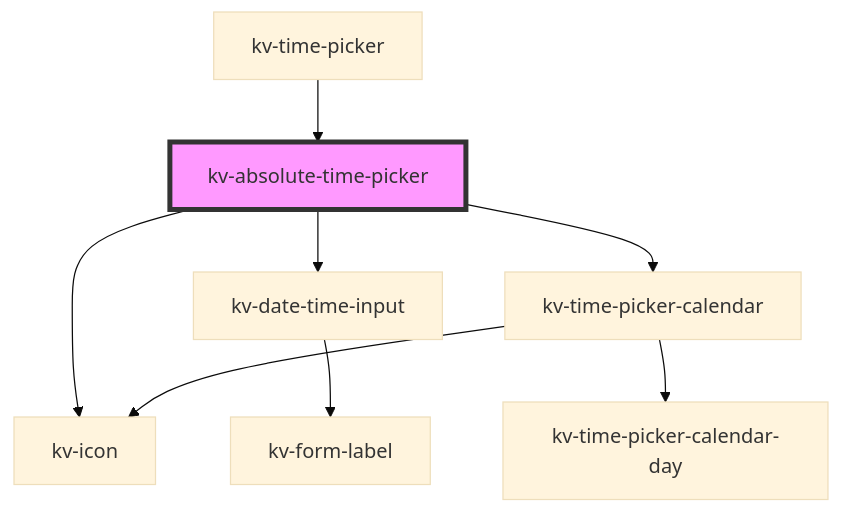
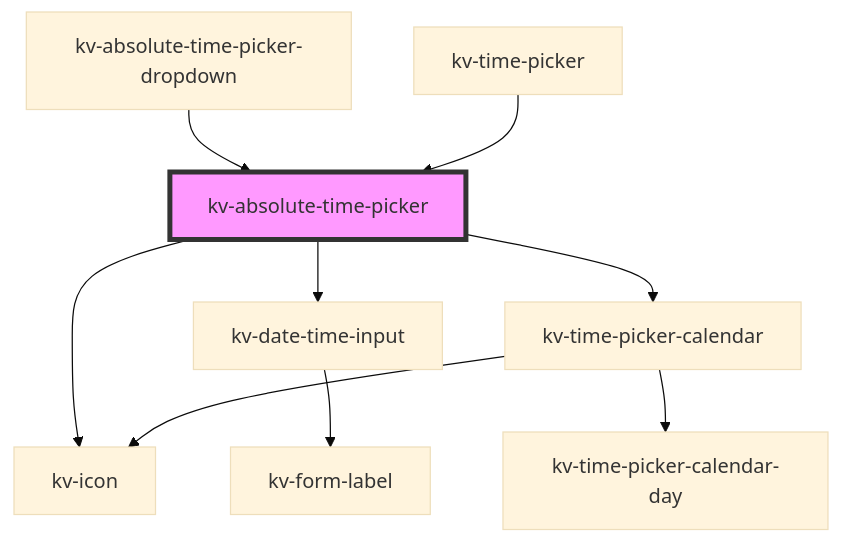
One commit to kelvininc/ui-components changed the diagram in packages/ui-components/src/components/absolute-time-picker/readme.md. Above: the diagram before and after it, drawn with Mermaid (base theme). The commit also changed other lines of this file and 56 other files, not shown here.

Commit message:
feat(absolute-time-picker-dropdown)!: add new dropdown component and single date functionality

````diff
--- a/packages/ui-components/src/components/absolute-time-picker/readme.md
+++ b/packages/ui-components/src/components/absolute-time-picker/readme.md
@@ -96,11 +98,12 @@
 ```mermaid
 graph TD;
   kv-absolute-time-picker --> kv-icon
   kv-absolute-time-picker --> kv-date-time-input
   kv-absolute-time-picker --> kv-time-picker-calendar
   kv-date-time-input --> kv-form-label
   kv-time-picker-calendar --> kv-icon
   kv-time-picker-calendar --> kv-time-picker-calendar-day
+  kv-absolute-time-picker-dropdown --> kv-absolute-time-picker
   kv-time-picker --> kv-absolute-time-picker
   style kv-absolute-time-picker fill:#f9f,stroke:#333,stroke-width:4px
 ```
````
